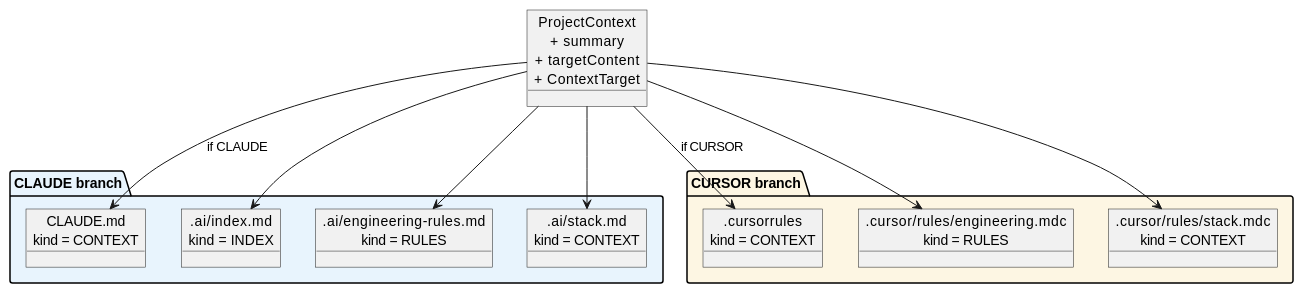
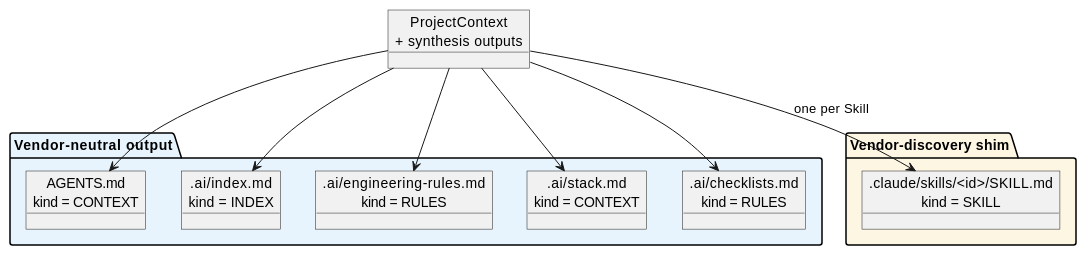
One commit to acltabontabon/launchpad changed the sixth of 6 diagrams in docs/architecture.adoc. Above: the diagram before and after it, drawn with PlantUML. The commit also changed other lines of this file and 16 other files, not shown here.

```diff
--- a/docs/architecture.adoc
+++ b/docs/architecture.adoc
@@ -415,31 +404,29 @@
 [plantuml,template-output,svg]
 ----
 @startuml
 skinparam backgroundColor #FFFFFF
 skinparam shadowing false
 skinparam defaultFontName Helvetica
 
-object "ProjectContext\n+ summary\n+ targetContent\n+ ContextTarget" as Input
+object "ProjectContext\n+ synthesis outputs" as Input
 
-package "CLAUDE branch" #E8F4FD {
-  object "CLAUDE.md\nkind = CONTEXT" as C1
-  object ".ai/index.md\nkind = INDEX" as C2
-  object ".ai/engineering-rules.md\nkind = RULES" as C3
-  object ".ai/stack.md\nkind = CONTEXT" as C4
+package "Vendor-neutral output" #E8F4FD {
+  object "AGENTS.md\nkind = CONTEXT" as A1
+  object ".ai/index.md\nkind = INDEX" as A2
+  object ".ai/engineering-rules.md\nkind = RULES" as A3
+  object ".ai/stack.md\nkind = CONTEXT" as A4
+  object ".ai/checklists.md\nkind = RULES" as A5
 }
 
-package "CURSOR branch" #FDF6E3 {
-  object ".cursorrules\nkind = CONTEXT" as U1
-  object ".cursor/rules/engineering.mdc\nkind = RULES" as U2
-  object ".cursor/rules/stack.mdc\nkind = CONTEXT" as U3
+package "Vendor-discovery shim" #FDF6E3 {
+  object ".claude/skills/<id>/SKILL.md\nkind = SKILL" as S1
 }
 
-Input --> C1 : if CLAUDE
-Input --> C2
-Input --> C3
-Input --> C4
-Input --> U1 : if CURSOR
-Input --> U2
-Input --> U3
+Input --> A1
+Input --> A2
+Input --> A3
+Input --> A4
+Input --> A5
+Input --> S1 : one per Skill
 @enduml
 ----
```
